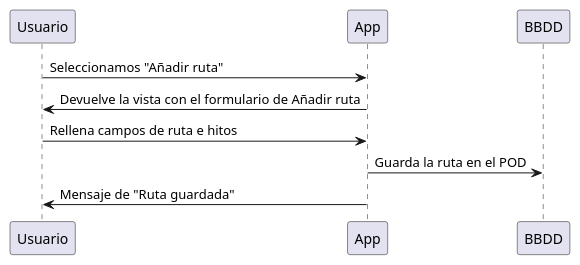
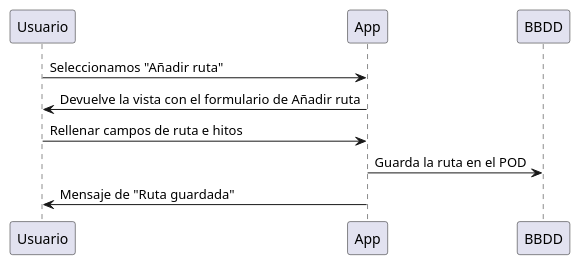
The first of 4 diagrams in src/docs/06_runtime_view.adoc (Arquisoft/viade_es5b), drawn with PlantUML before and after one commit. The commit also changed other lines of this file, not shown here.

```diff
--- a/src/docs/06_runtime_view.adoc
+++ b/src/docs/06_runtime_view.adoc
@@ -72,8 +49,8 @@
 [plantuml,"DiagramaAddRuta",png]
 ----
 Usuario -> App: Seleccionamos "Añadir ruta"
 App -> Usuario: Devuelve la vista con el formulario de Añadir ruta
-Usuario -> App: Rellena campos de ruta e hitos
+Usuario -> App: Rellenar campos de ruta e hitos
 App -> BBDD: Guarda la ruta en el POD
 App -> Usuario: Mensaje de "Ruta guardada"
 ----
```
